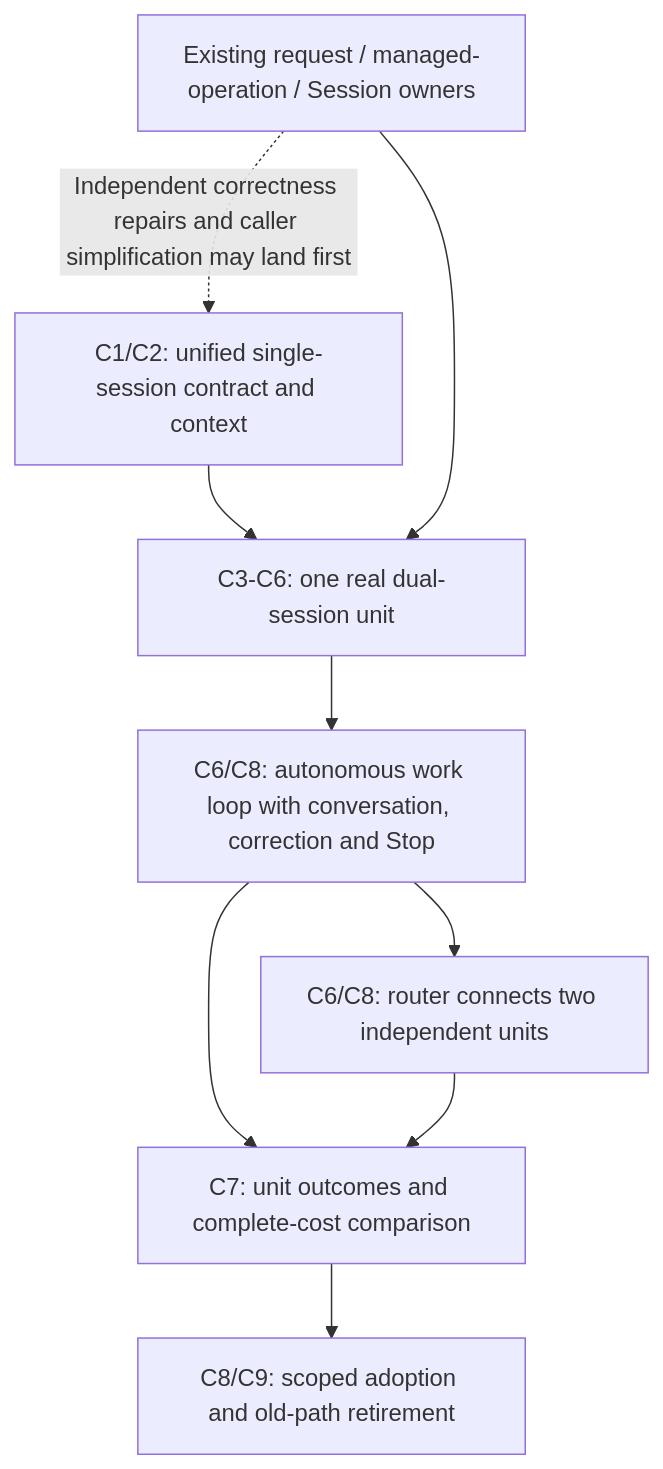
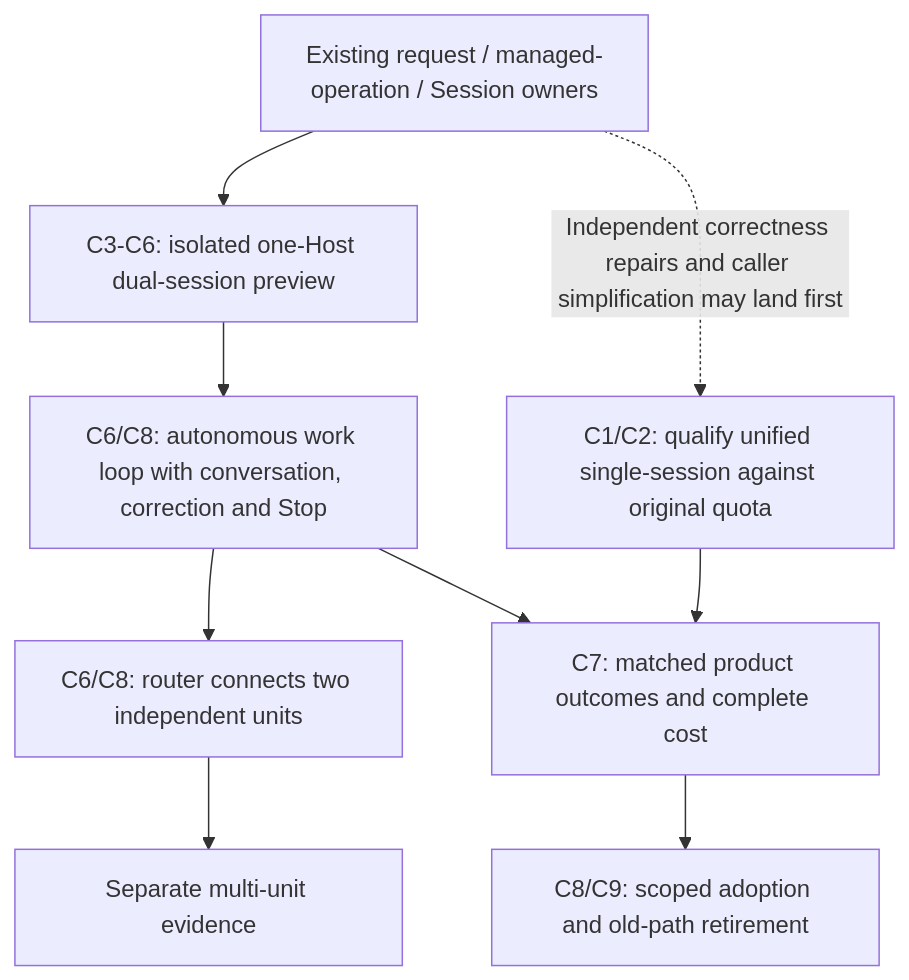
One commit to loopx-project/loopx changed the ninth of 9 diagrams in docs/architecture/rfcs/controller-executor-unified-contract-v0.md. Above: the diagram before and after it, drawn with Mermaid. The commit also changed other lines of this file and 1 other file, not shown here.

````diff
--- a/docs/architecture/rfcs/controller-executor-unified-contract-v0.md
+++ b/docs/architecture/rfcs/controller-executor-unified-contract-v0.md
@@ -982,11 +982,11 @@
 ```mermaid
 flowchart TB
-  C1[C1/C2: unified single-session contract and context] --> U[C3-C6: one real dual-session unit]
-  F[Existing request / managed-operation / Session owners] --> U
+  C1[C1/C2: qualify unified single-session against original quota] --> E[C7: matched product outcomes and complete cost]
+  F[Existing request / managed-operation / Session owners] --> U[C3-C6: isolated one-Host dual-session preview]
   U --> I[C6/C8: autonomous work loop with conversation, correction and Stop]
   I --> R[C6/C8: router connects two independent units]
-  I --> E[C7: unit outcomes and complete-cost comparison]
-  R --> E
+  I --> E
+  R --> M[Separate multi-unit evidence]
   E --> Q[C8/C9: scoped adoption and old-path retirement]
   F -.Independent correctness repairs and caller simplification may land first.-> C1
 ```
````
